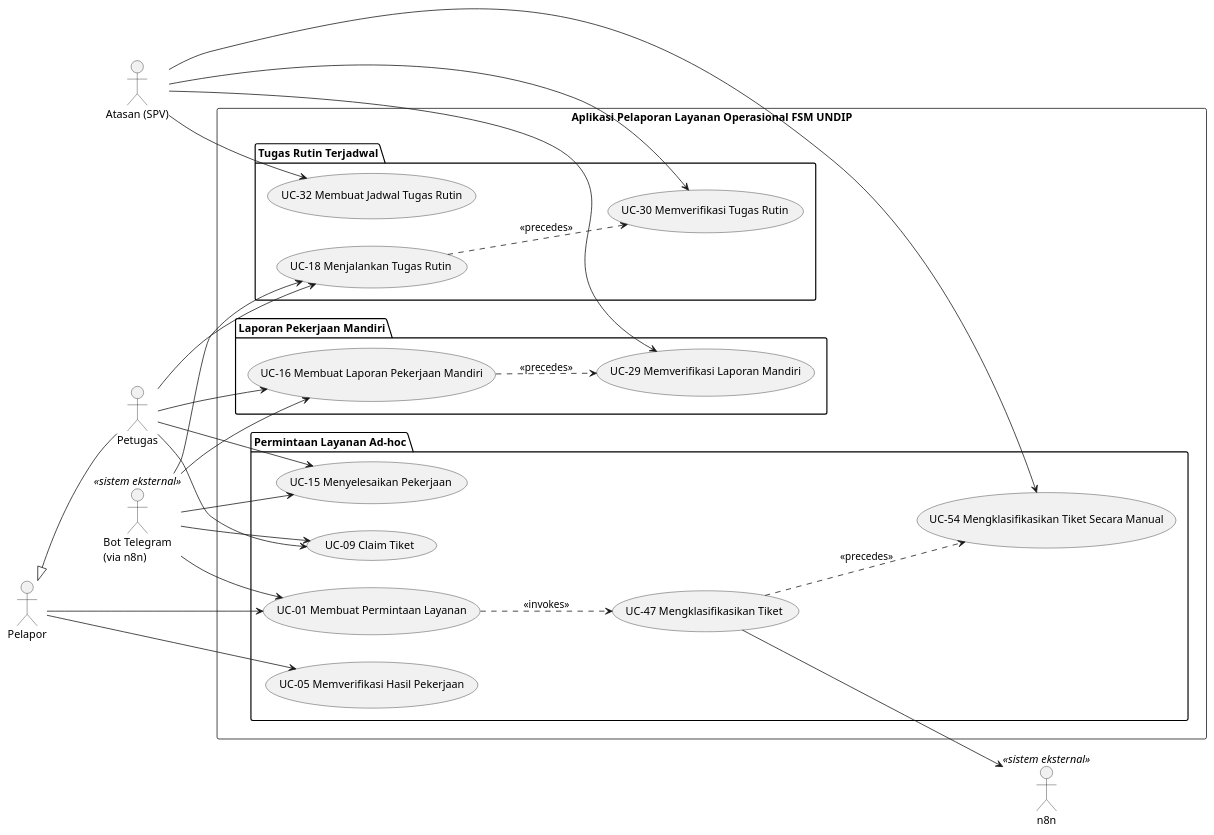
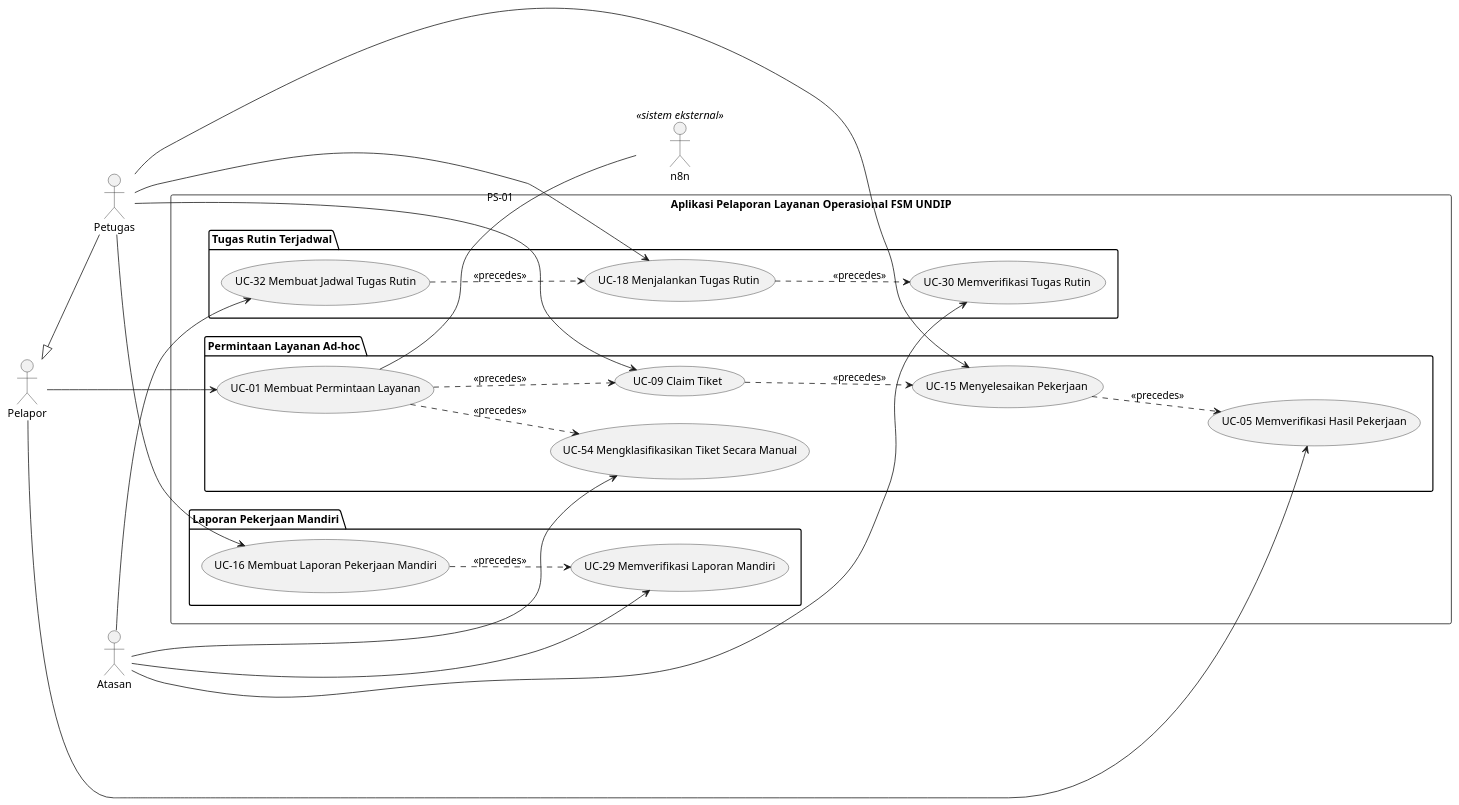
One commit to MohammadIzza/Pelaporan-Layanan-FSM-Iconix-SDD changed the diagram in docs/requirements/use-case-inti.md. Above: the diagram before and after it, drawn with PlantUML. The commit also changed other lines of this file and 3 other files, not shown here.

````diff
--- a/docs/requirements/use-case-inti.md
+++ b/docs/requirements/use-case-inti.md
@@ -116,51 +137,47 @@
 ```plantuml
 @startuml
 left to right direction
 actor Pelapor
 actor Petugas
-actor "Atasan (SPV)" as Atasan
+actor Atasan
 actor "n8n" as N8N <<sistem eksternal>>
-actor "Bot Telegram\n(via n8n)" as TG <<sistem eksternal>>
 Pelapor <|-- Petugas
 
 rectangle "Aplikasi Pelaporan Layanan Operasional FSM UNDIP" {
   package "Permintaan Layanan Ad-hoc" {
     usecase "UC-01 Membuat Permintaan Layanan" as UC01
-    usecase "UC-47 Mengklasifikasikan Tiket" as UC47
     usecase "UC-54 Mengklasifikasikan Tiket Secara Manual" as UC54
     usecase "UC-09 Claim Tiket" as UC09
     usecase "UC-15 Menyelesaikan Pekerjaan" as UC15
     usecase "UC-05 Memverifikasi Hasil Pekerjaan" as UC05
   }
   package "Laporan Pekerjaan Mandiri" {
     usecase "UC-16 Membuat Laporan Pekerjaan Mandiri" as UC16
     usecase "UC-29 Memverifikasi Laporan Mandiri" as UC29
   }
   package "Tugas Rutin Terjadwal" {
     usecase "UC-32 Membuat Jadwal Tugas Rutin" as UC32
     usecase "UC-18 Menjalankan Tugas Rutin" as UC18
     usecase "UC-30 Memverifikasi Tugas Rutin" as UC30
   }
 }
 Pelapor --> UC01
 Pelapor --> UC05
-UC01 ..> UC47 : <<invokes>>
-UC47 --> N8N
-UC47 ..> UC54 : <<precedes>>
-Atasan --> UC54
 Petugas --> UC09
 Petugas --> UC15
 Petugas --> UC16
 Petugas --> UC18
+Atasan --> UC54
 Atasan --> UC29
 Atasan --> UC30
 Atasan --> UC32
+UC01 -- N8N : PS-01
+UC01 ..> UC54 : <<precedes>>
+UC01 ..> UC09 : <<precedes>>
+UC09 ..> UC15 : <<precedes>>
+UC15 ..> UC05 : <<precedes>>
 UC16 ..> UC29 : <<precedes>>
+UC32 ..> UC18 : <<precedes>>
 UC18 ..> UC30 : <<precedes>>
-TG --> UC01
-TG --> UC09
-TG --> UC15
-TG --> UC16
-TG --> UC18
 @enduml
 ```
````
